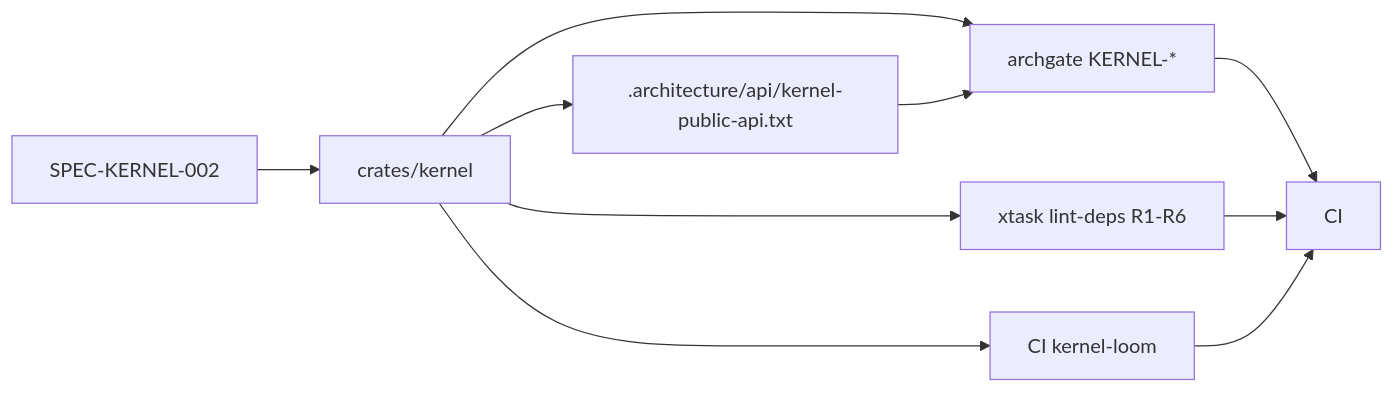
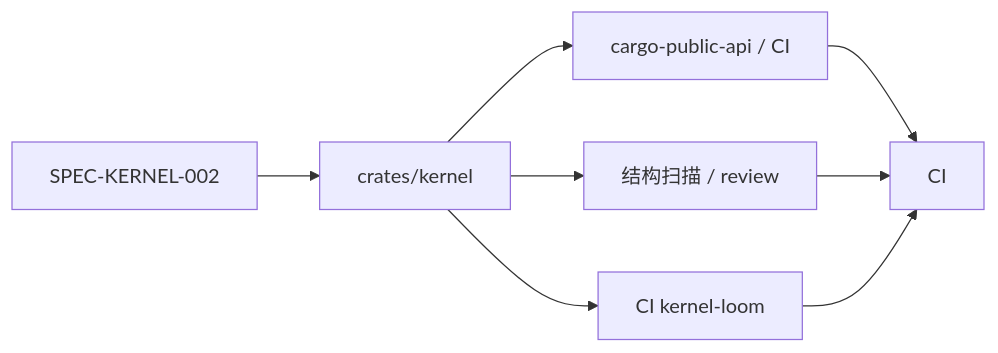
Before and after one commit to xhyperium/infra.rs: the fourth of 5 diagrams in .agents/ssot/kernel/design/DESIGN-KERNEL-002.md, drawn with Mermaid. The commit also changed other lines of this file and 120 other files, not shown here.

````diff
--- a/.agents/ssot/kernel/design/DESIGN-KERNEL-002.md
+++ b/.agents/ssot/kernel/design/DESIGN-KERNEL-002.md
@@ -578,12 +581,10 @@
 ```mermaid
 flowchart LR
   SPEC[SPEC-KERNEL-002] --> SRC[crates/kernel]
-  SRC --> SNAP[.architecture/api/kernel-public-api.txt]
-  SRC --> AG[archgate KERNEL-*]
-  AG --> CI[CI]
-  SNAP --> AG
-  SRC --> LD[xtask lint-deps R1-R6]
-  LD --> CI
+  SRC --> PA[cargo-public-api / CI]
+  SRC --> SCAN[结构扫描 / review]
   SRC --> LOOM[CI kernel-loom]
+  PA --> CI[CI]
+  SCAN --> CI
   LOOM --> CI
 ```
````
